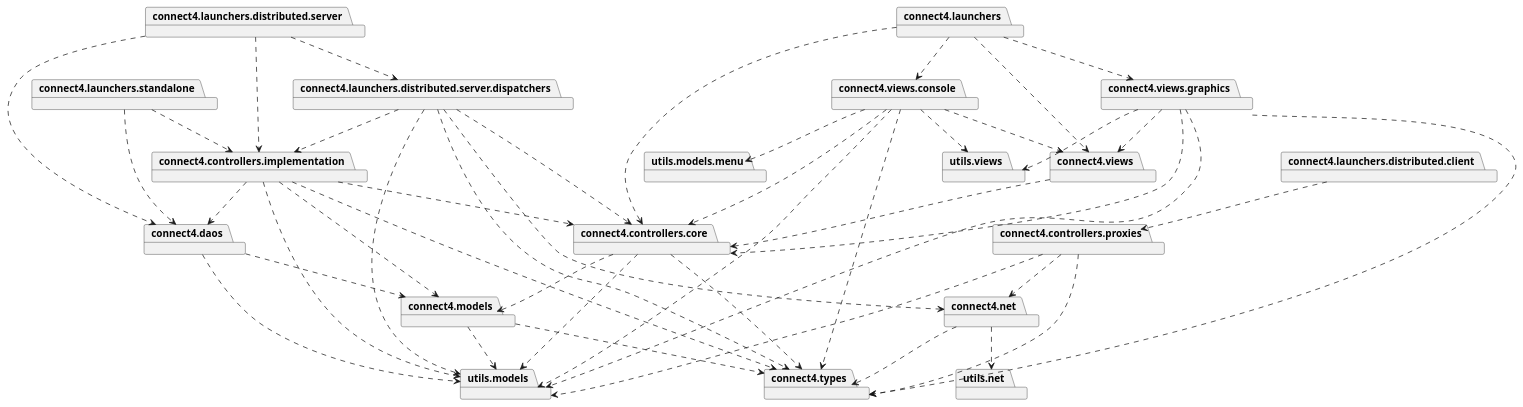
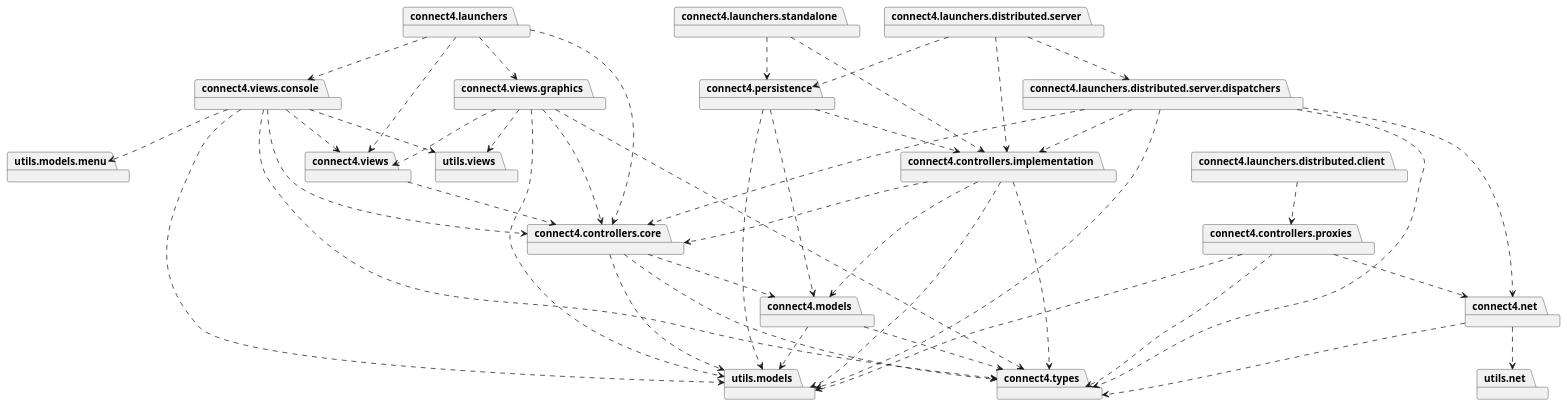
The diagram in connect4/Docs/diagrams/src/packages/packageDiagram.plantuml (js-rom/connect4), drawn with PlantUML before and after one commit. The commit also changed 19 other files, not shown here.

```diff
--- a/connect4/Docs/diagrams/src/packages/packageDiagram.plantuml
+++ b/connect4/Docs/diagrams/src/packages/packageDiagram.plantuml
@@ -1,84 +1,84 @@
 @startuml
 
 package connect4.launchers
 package connect4.controllers.core
 package connect4.views
 package connect4.views.graphics
 package connect4.views.console
 
 connect4.launchers ..> connect4.controllers.core
 connect4.launchers ..> connect4.views
 connect4.launchers ..> connect4.views.console
 connect4.launchers ..> connect4.views.graphics
 
 package connect4.launchers.standalone
 package connect4.controllers.implementation
 connect4.launchers.standalone ..> connect4.controllers.implementation
 
 package connect4.launchers.distributed.client
 package connect4.controllers.proxies
 connect4.launchers.distributed.client ..> connect4.controllers.proxies
 
 package connect4.launchers.distributed.server
 package connect4.launchers.distributed.server.dispatchers
 connect4.launchers.distributed.server ..> connect4.launchers.distributed.server.dispatchers
 connect4.launchers.distributed.server ..> connect4.controllers.implementation
 package connect4.types
 package utils.models
 package connect4.controllers.core
 connect4.launchers.distributed.server.dispatchers ..> connect4.controllers.implementation
 connect4.launchers.distributed.server.dispatchers ..> connect4.types
 connect4.launchers.distributed.server.dispatchers ..> utils.models
 connect4.launchers.distributed.server.dispatchers ..> connect4.controllers.core
 package connect4.net
 connect4.launchers.distributed.server.dispatchers ..> connect4.net
-package connect4.daos
-connect4.launchers.distributed.server ..> connect4.daos
-connect4.launchers.standalone ..> connect4.daos
-connect4.controllers.implementation ..> connect4.daos
+package connect4.persistence
+connect4.launchers.distributed.server ..> connect4.persistence
+connect4.launchers.standalone ..> connect4.persistence
+connect4.persistence ..> connect4.controllers.implementation 
 
 
 package connect4.models
 connect4.models ..> connect4.types
 connect4.models ..> utils.models
 
-connect4.daos ..> utils.models
-connect4.daos ..> connect4.models
+connect4.persistence ..> utils.models
+connect4.persistence ..> connect4.models
 
 
 connect4.net ..> connect4.types
 package utils.net
 connect4.net ..> utils.net
 
 package connect4.controllers.core
 connect4.controllers.core ..> connect4.types
 connect4.controllers.core ..> connect4.models
 connect4.controllers.core ..> utils.models
 
 connect4.controllers.implementation ..> connect4.controllers.core
 connect4.controllers.implementation ..> connect4.models
 connect4.controllers.implementation ..> connect4.types
 connect4.controllers.implementation ..> utils.models
 
 connect4.controllers.proxies ..> connect4.types
 connect4.controllers.proxies ..> connect4.net
 connect4.controllers.proxies ..> utils.models
 
 connect4.views ..> connect4.controllers.core
 connect4.views.console ..> connect4.controllers.core
 connect4.views.console ..> connect4.views
 package utils.views
 connect4.views.console ..> utils.views
 connect4.views.console ..> connect4.types
 connect4.views.console ..> utils.models
 package utils.models.menu
 connect4.views.console ..> utils.models.menu
 
 connect4.views.graphics ..> connect4.controllers.core
 connect4.views.graphics ..> connect4.types
 connect4.views.graphics ..> utils.models
 connect4.views.graphics ..> connect4.views
 connect4.views.graphics ..> utils.views
 
 
 @enduml
```
